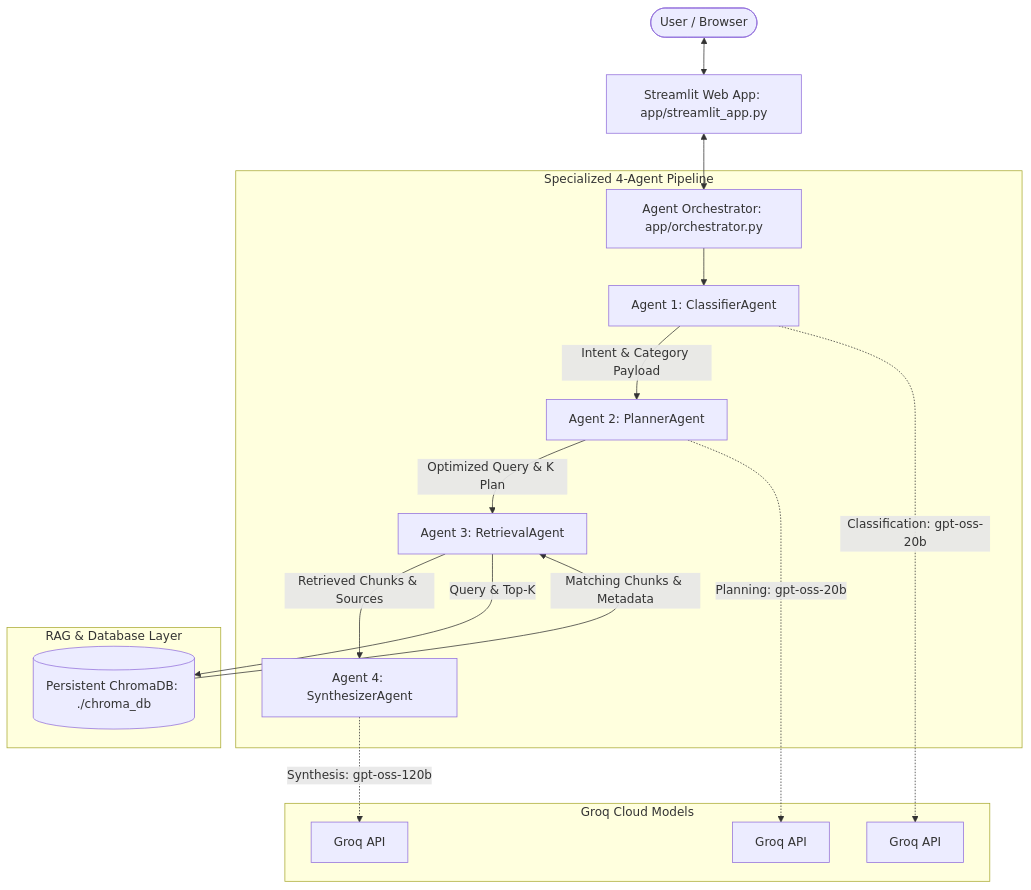
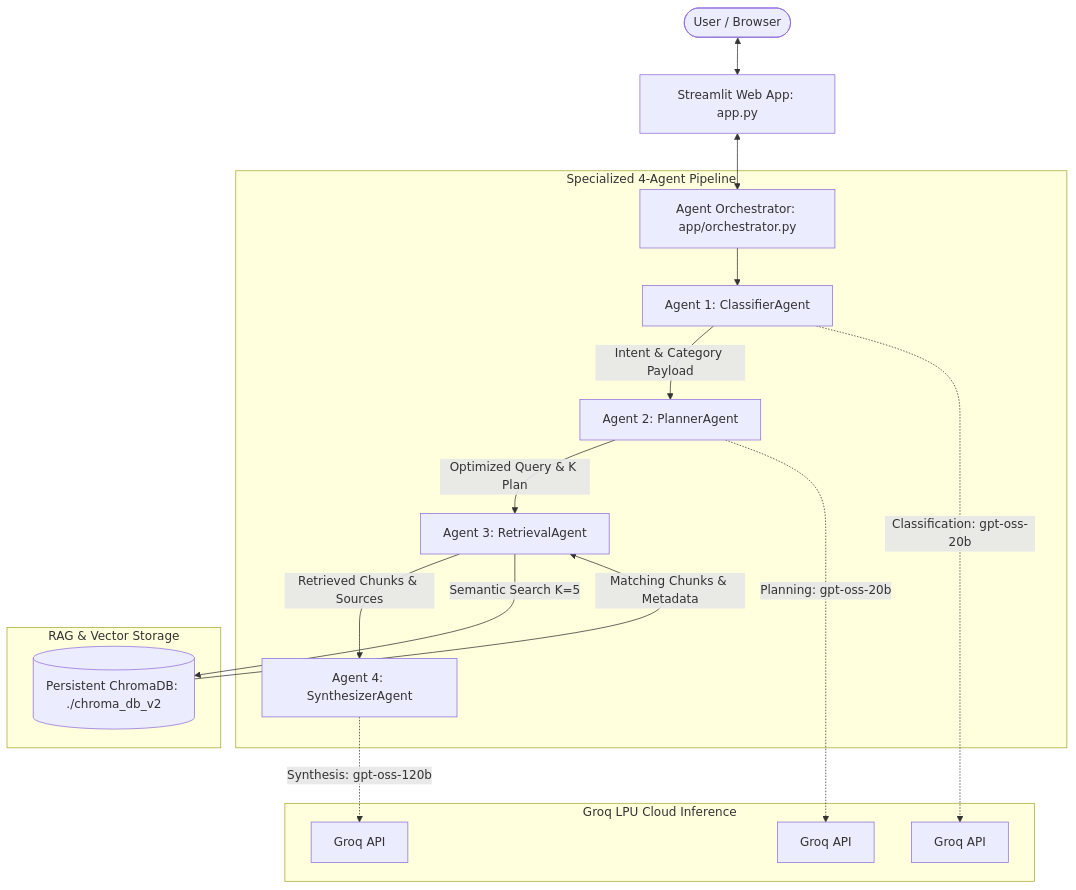
Before and after one commit to Sajini2/Gemstone-Knowledge-Assistant-: the first of 2 diagrams in README.md, drawn with Mermaid. The commit also changed other lines of this file, not shown here.

Commit message:
docs: update README.md with live deployment URL https://gem-knowledge.streamlit.app/ and executive architecture details

````diff
--- a/README.md
+++ b/README.md
@@ -17,23 +30,23 @@
 ```mermaid
 graph TD
-    User([User / Browser]) <--> UI[Streamlit Web App: app/streamlit_app.py]
+    User([User / Browser]) <--> UI[Streamlit Web App: app.py]
     UI <--> Orch[Agent Orchestrator: app/orchestrator.py]
     
     subgraph Specialized 4-Agent Pipeline
         Orch --> A1[Agent 1: ClassifierAgent]
         A1 -->|Intent & Category Payload| A2[Agent 2: PlannerAgent]
         A2 -->|Optimized Query & K Plan| A3[Agent 3: RetrievalAgent]
         A3 -->|Retrieved Chunks & Sources| A4[Agent 4: SynthesizerAgent]
     end
     
-    subgraph RAG & Database Layer
-        A3 -->|Query & Top-K| DB[(Persistent ChromaDB: ./chroma_db)]
+    subgraph RAG & Vector Storage
+        A3 -->|Semantic Search K=5| DB[(Persistent ChromaDB: ./chroma_db_v2)]
         DB -->|Matching Chunks & Metadata| A3
     end
     
-    subgraph Groq Cloud Models
+    subgraph Groq LPU Cloud Inference
         A1 -.->|Classification: gpt-oss-20b| Groq1[Groq API]
         A2 -.->|Planning: gpt-oss-20b| Groq2[Groq API]
         A4 -.->|Synthesis: gpt-oss-120b| Groq3[Groq API]
     end
 ```
````
